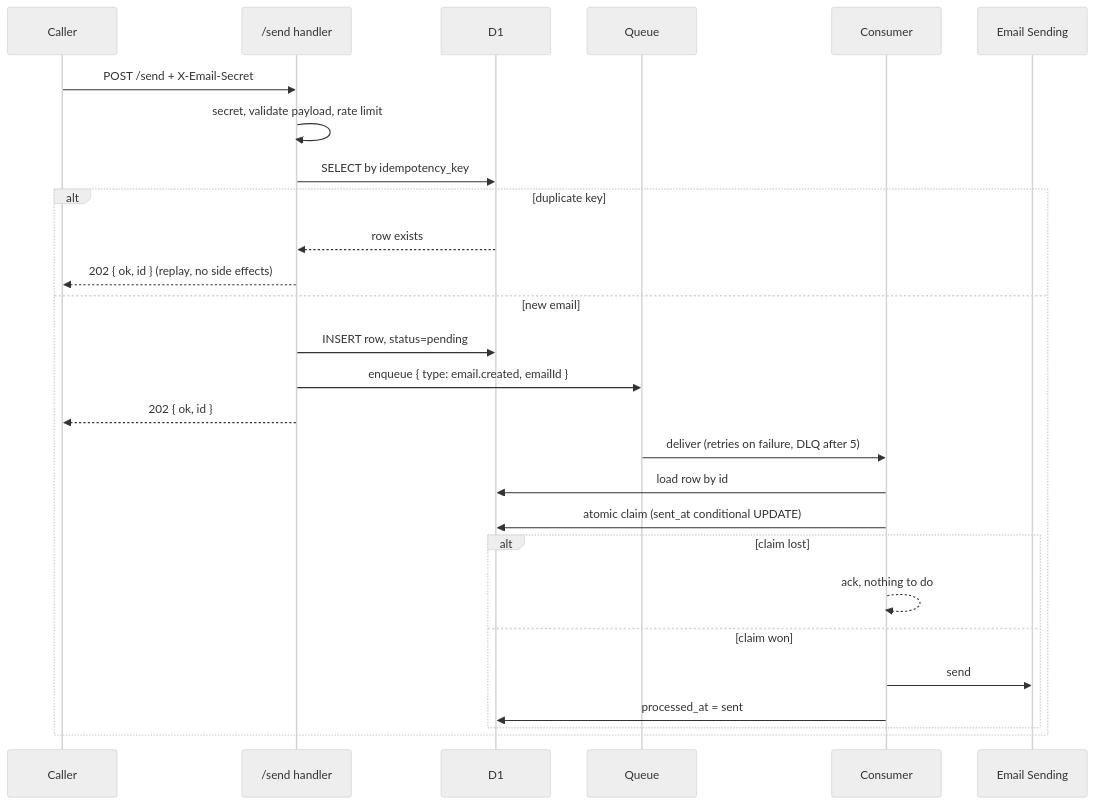
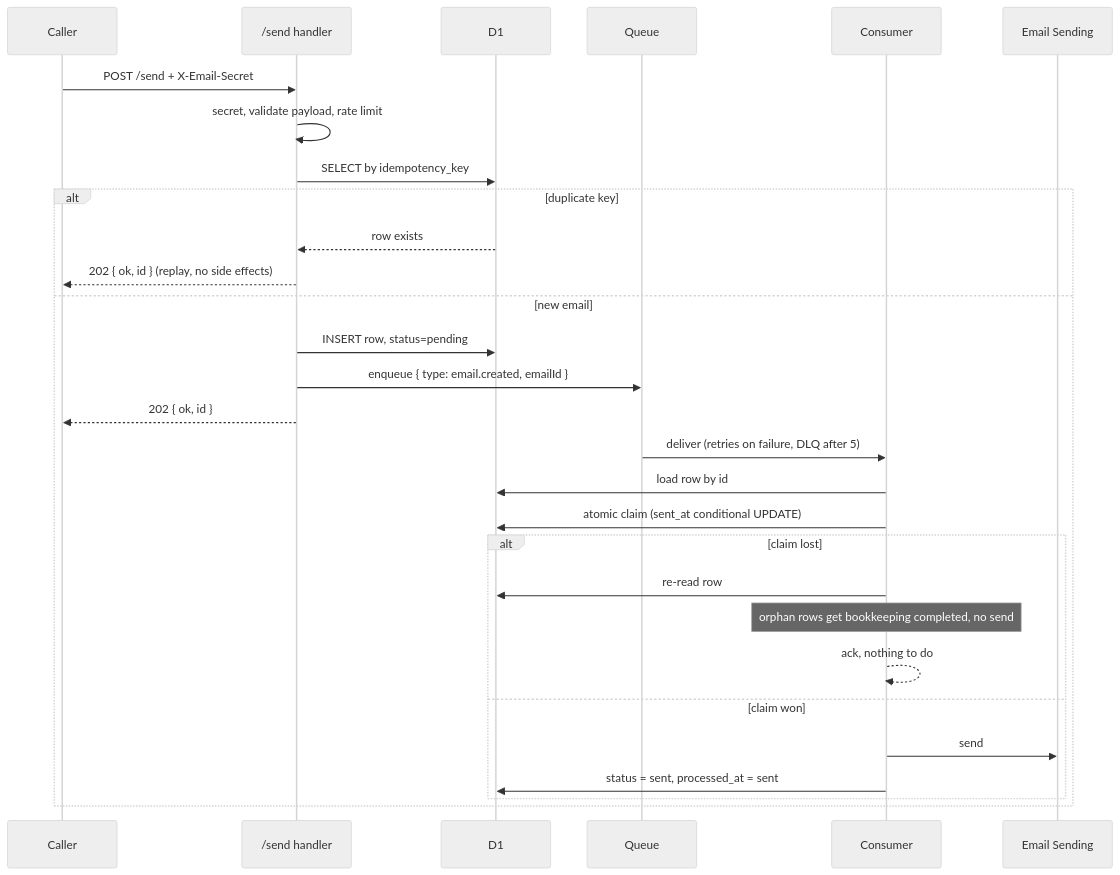
The second of 2 diagrams in docs/backend-spec.md (rippledcyeorg/email-service), drawn with Mermaid (neutral theme) before and after one commit. The commit also changed other lines of this file, not shown here.

````diff
--- a/docs/backend-spec.md
+++ b/docs/backend-spec.md
@@ -56,30 +57,32 @@
 ```mermaid
 sequenceDiagram
     participant C as Caller
     participant S as /send handler
     participant D as D1
     participant Q as Queue
     participant W as Consumer
     participant E as Email Sending
 
     C->>S: POST /send + X-Email-Secret
     S->>S: secret, validate payload, rate limit
     S->>D: SELECT by idempotency_key
     alt duplicate key
         D-->>S: row exists
         S-->>C: 202 { ok, id } (replay, no side effects)
     else new email
         S->>D: INSERT row, status=pending
         S->>Q: enqueue { type: email.created, emailId }
         S-->>C: 202 { ok, id }
         Q->>W: deliver (retries on failure, DLQ after 5)
         W->>D: load row by id
         W->>D: atomic claim (sent_at conditional UPDATE)
         alt claim lost
+            W->>D: re-read row
+            Note over W: orphan rows get bookkeeping completed, no send
             W-->>W: ack, nothing to do
         else claim won
             W->>E: send
-            W->>D: processed_at = sent
+            W->>D: status = sent, processed_at = sent
         end
     end
 ```
````
